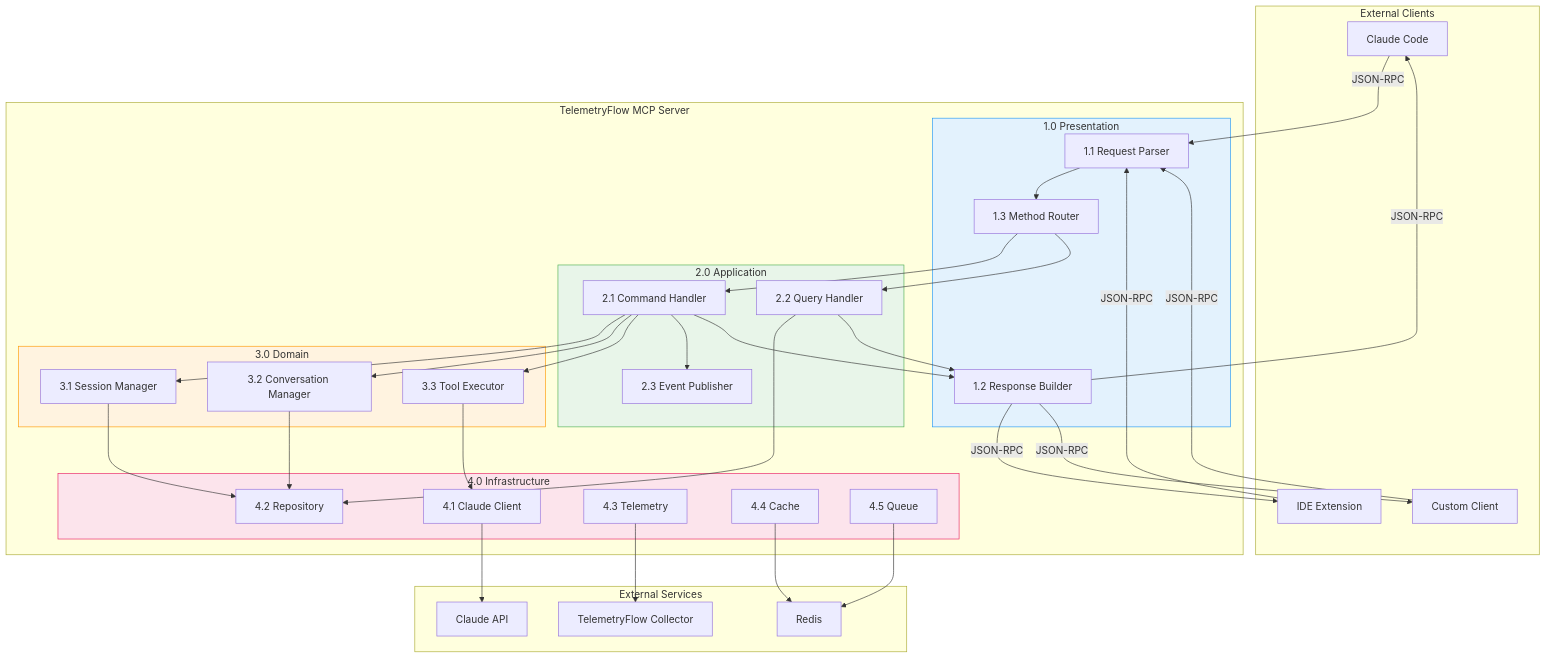
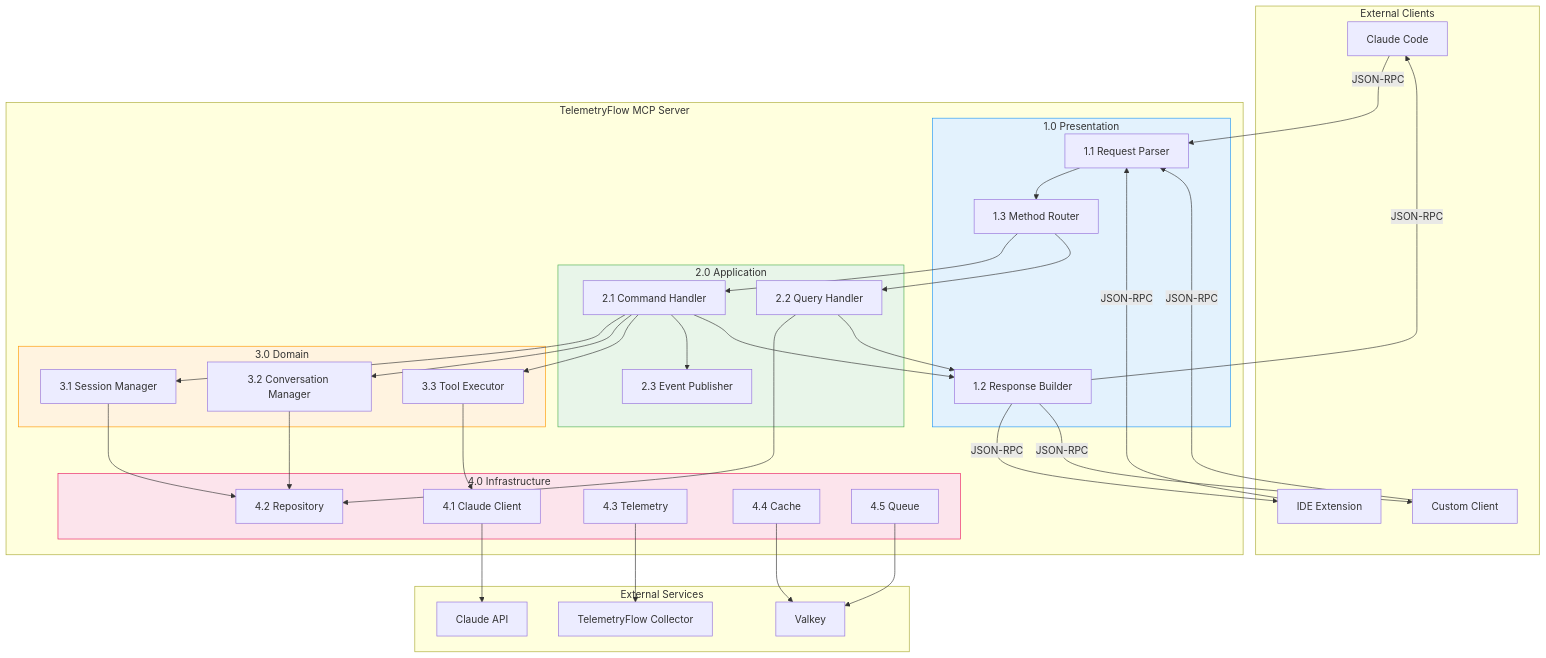
The third of 15 diagrams in mcp/DFD.md (telemetryflow/telemetryflow-overview), drawn with Mermaid before and after one commit. The commit also changed 23 other files, not shown here.

First line of the commit message:
docs: relabel Redis->Valkey in architecture/diagrams/prose (follow-up sweep)

````diff
--- a/mcp/DFD.md
+++ b/mcp/DFD.md
@@ -70,61 +70,61 @@
 ```mermaid
 flowchart TB
     subgraph Clients["External Clients"]
         C1["Claude Code"]
         C2["IDE Extension"]
         C3["Custom Client"]
     end
 
     subgraph TFO_MCP["TelemetryFlow MCP Server"]
         subgraph Presentation["1.0 Presentation"]
             P1["1.1 Request Parser"]
             P2["1.2 Response Builder"]
             P3["1.3 Method Router"]
         end
 
         subgraph Application["2.0 Application"]
             A1["2.1 Command Handler"]
             A2["2.2 Query Handler"]
             A3["2.3 Event Publisher"]
         end
 
         subgraph Domain["3.0 Domain"]
             D1["3.1 Session Manager"]
             D2["3.2 Conversation Manager"]
             D3["3.3 Tool Executor"]
         end
 
         subgraph Infrastructure["4.0 Infrastructure"]
             I1["4.1 Claude Client"]
             I2["4.2 Repository"]
             I3["4.3 Telemetry"]
             I4["4.4 Cache"]
             I5["4.5 Queue"]
         end
     end
 
     subgraph External["External Services"]
         CLAUDE["Claude API"]
         OTLP["TelemetryFlow Collector"]
-        REDIS["Redis"]
+        REDIS["Valkey"]
     end
 
     C1 & C2 & C3 -->|"JSON-RPC"| P1
     P1 --> P3
     P3 --> A1 & A2
     A1 --> D1 & D2 & D3
     A2 --> I2
     D3 --> I1
     I1 --> CLAUDE
     I3 --> OTLP
     I4 & I5 --> REDIS
     A1 --> A3
     D1 & D2 --> I2
     A1 & A2 --> P2
     P2 -->|"JSON-RPC"| C1 & C2 & C3
 
     style Presentation fill:#e3f2fd,stroke:#2196f3
     style Application fill:#e8f5e9,stroke:#4caf50
     style Domain fill:#fff3e0,stroke:#ff9800
     style Infrastructure fill:#fce4ec,stroke:#e91e63
 ```
````
